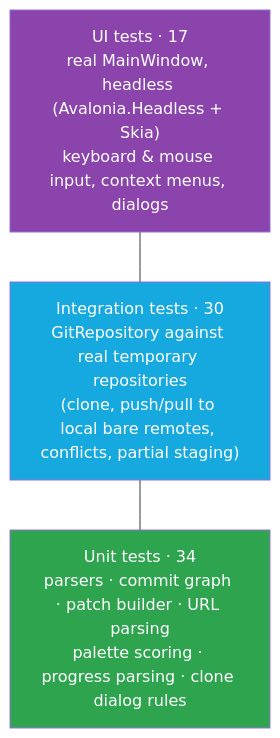
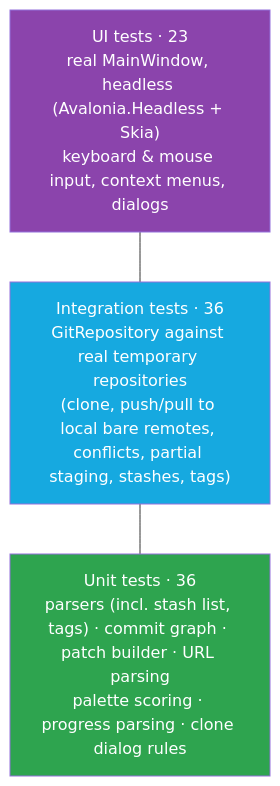
One commit to mhrezaee/git-hr changed the sixth of 7 diagrams in README.md. Above: the diagram before and after it, drawn with Mermaid. The commit also changed other lines of this file and 14 other files, not shown here.

First line of the commit message:
Add stash list and tags to the sidebar

````diff
--- a/README.md
+++ b/README.md
@@ -226,10 +250,10 @@
 ```mermaid
 flowchart TB
-    UI["UI tests · 17<br/>real MainWindow, headless (Avalonia.Headless + Skia)<br/>keyboard & mouse input, context menus, dialogs"]
-    INT["Integration tests · 30<br/>GitRepository against real temporary repositories<br/>(clone, push/pull to local bare remotes, conflicts, partial staging)"]
-    UNIT["Unit tests · 34<br/>parsers · commit graph · patch builder · URL parsing<br/>palette scoring · progress parsing · clone dialog rules"]
+    UI["UI tests · 23<br/>real MainWindow, headless (Avalonia.Headless + Skia)<br/>keyboard & mouse input, context menus, dialogs"]
+    INT["Integration tests · 36<br/>GitRepository against real temporary repositories<br/>(clone, push/pull to local bare remotes, conflicts, partial staging, stashes, tags)"]
+    UNIT["Unit tests · 36<br/>parsers (incl. stash list, tags) · commit graph · patch builder · URL parsing<br/>palette scoring · progress parsing · clone dialog rules"]
     UI --- INT --- UNIT
     style UI fill:#8B44AC,color:#fff
     style INT fill:#16A9E0,color:#fff
     style UNIT fill:#2EA44F,color:#fff
 ```
````
